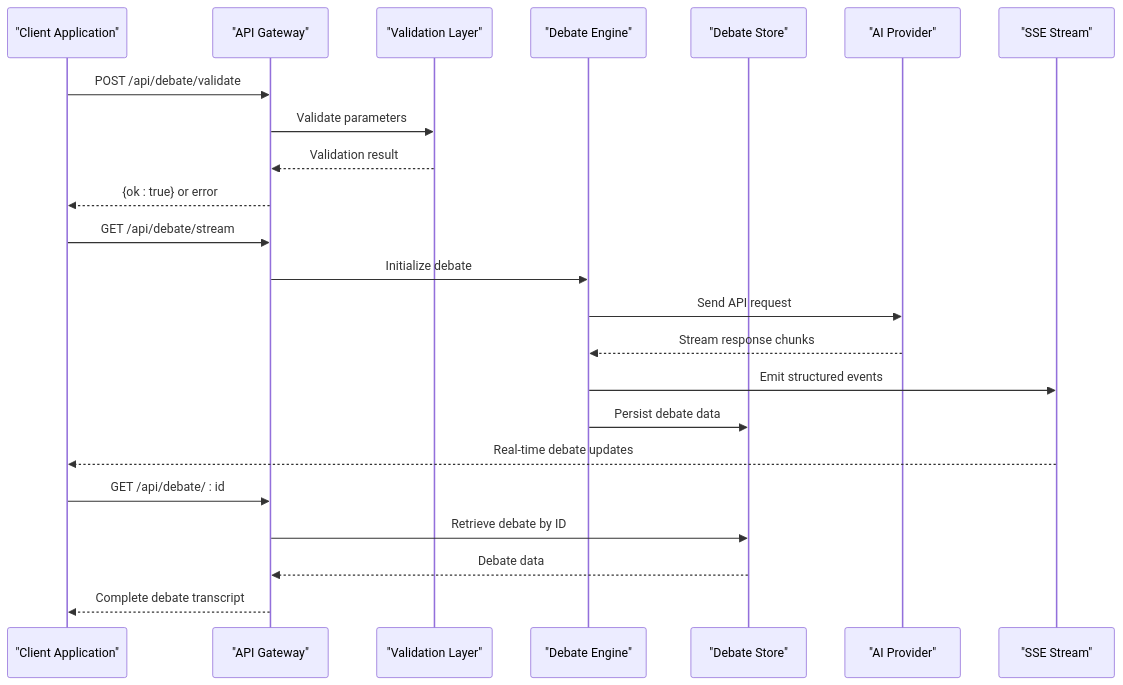
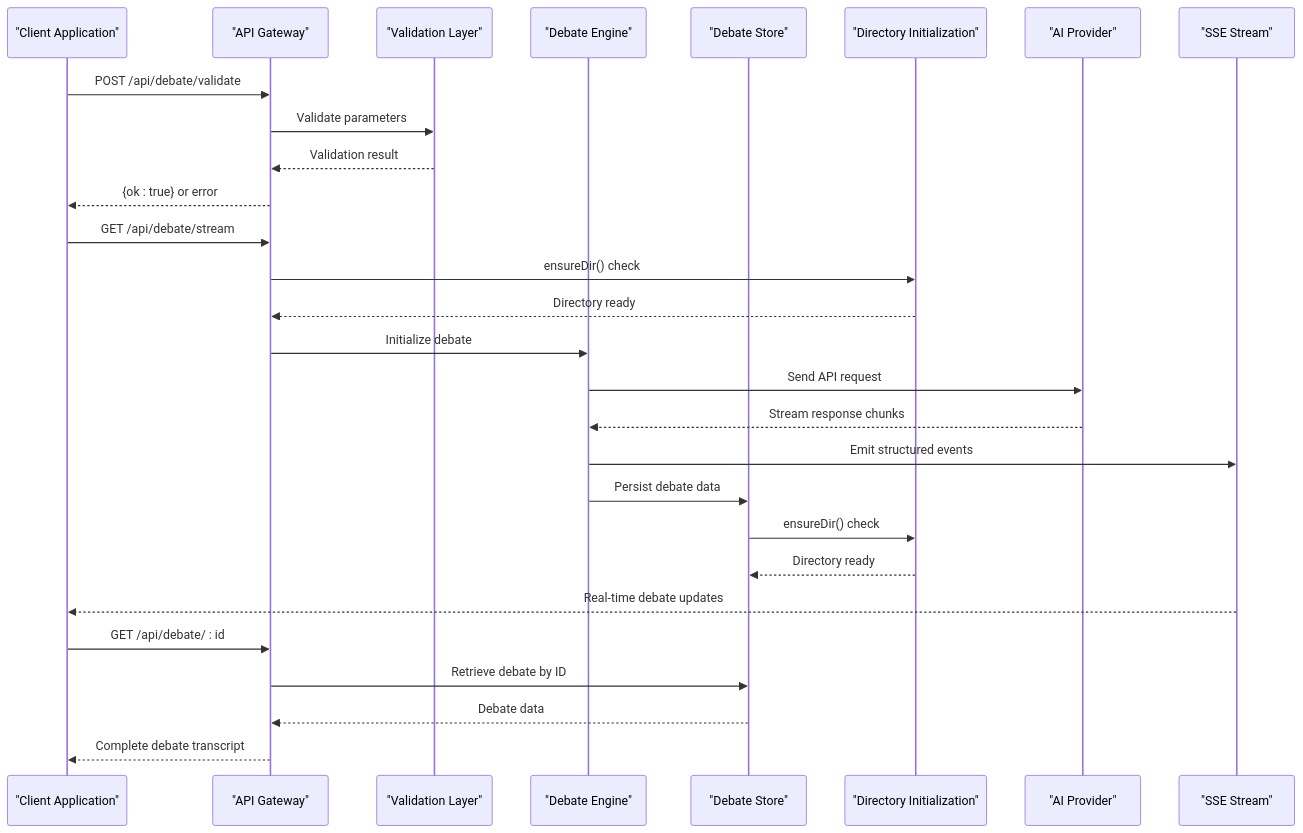
Before and after one commit to RunTimeAdmin/tri-ai: the second of 6 diagrams in .qoder/repowiki/en/content/API Reference/Debate API/Debate API.md, drawn with Mermaid. The commit also changed other lines of this file and 139 other files, not shown here.

````diff
--- a/.qoder/repowiki/en/content/API Reference/Debate API/Debate API.md
+++ b/.qoder/repowiki/en/content/API Reference/Debate API/Debate API.md
@@ -114,25 +130,30 @@
 ```mermaid
 sequenceDiagram
 participant Client as "Client Application"
 participant API as "API Gateway"
 participant Validator as "Validation Layer"
 participant Engine as "Debate Engine"
 participant Store as "Debate Store"
+participant DirInit as "Directory Initialization"
 participant Provider as "AI Provider"
 participant SSE as "SSE Stream"
 Client->>API : POST /api/debate/validate
 API->>Validator : Validate parameters
 Validator-->>API : Validation result
 API-->>Client : {ok : true} or error
 Client->>API : GET /api/debate/stream
+API->>DirInit : ensureDir() check
+DirInit-->>API : Directory ready
 API->>Engine : Initialize debate
 Engine->>Provider : Send API request
 Provider-->>Engine : Stream response chunks
 Engine->>SSE : Emit structured events
 Engine->>Store : Persist debate data
+Store->>DirInit : ensureDir() check
+DirInit-->>Store : Directory ready
 SSE-->>Client : Real-time debate updates
 Client->>API : GET /api/debate/ : id
 API->>Store : Retrieve debate by ID
 Store-->>API : Debate data
 API-->>Client : Complete debate transcript
 ```
````
